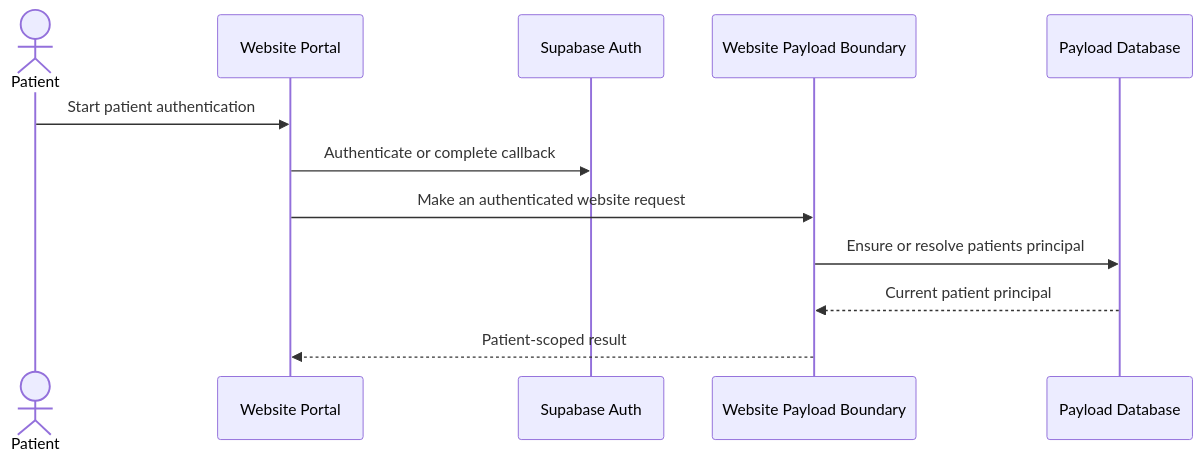
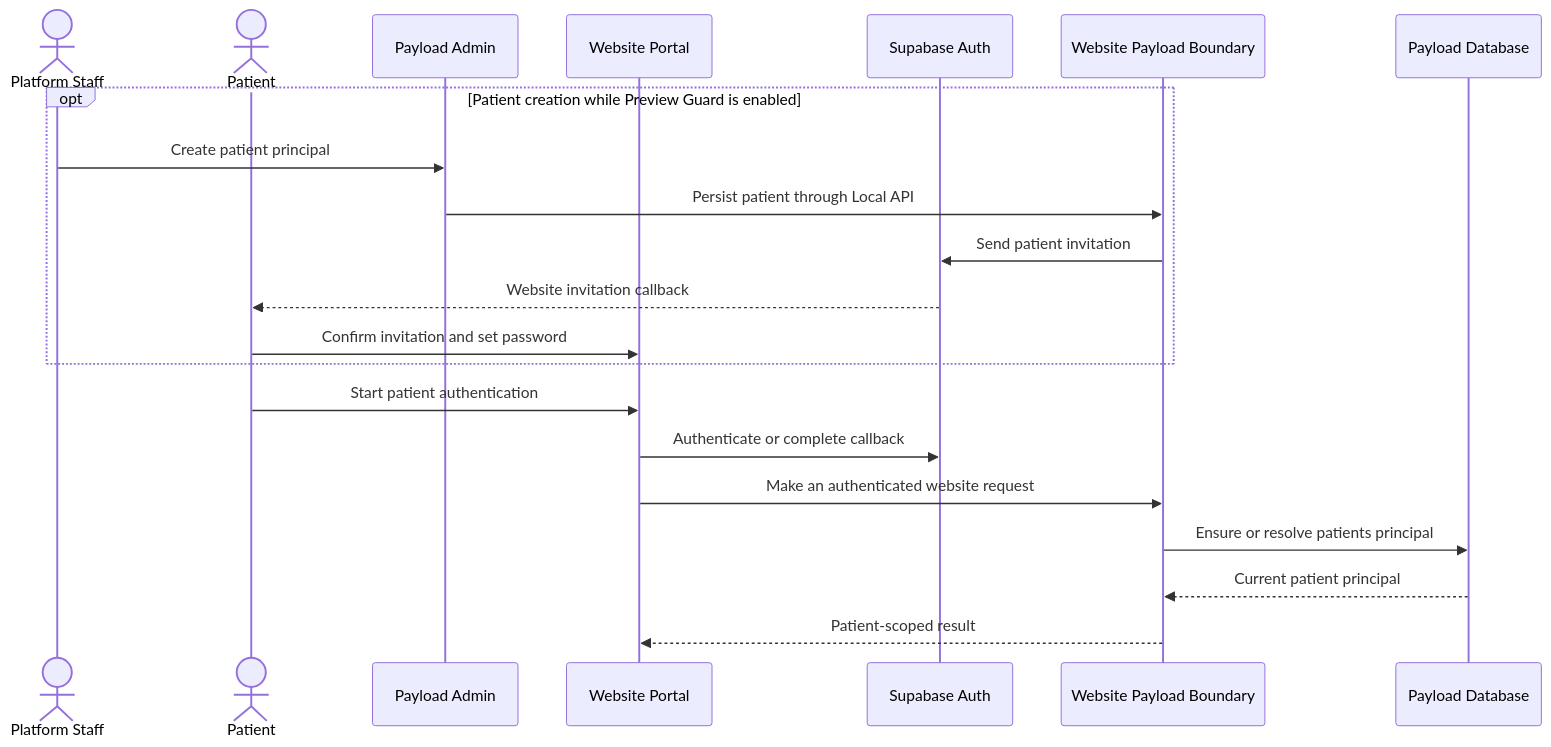
The fourth of 4 diagrams in docs/security/auth-flow-diagram.md (findmydoc-platform/website), drawn with Mermaid before and after one commit. The commit also changed other lines of this file and 16 other files, not shown here.

Commit message:
fix(auth): restore Preview Guard patient access (#1610)

````diff
--- a/docs/security/auth-flow-diagram.md
+++ b/docs/security/auth-flow-diagram.md
@@ -94,15 +94,24 @@
 ```mermaid
 sequenceDiagram
+    actor Platform as Platform Staff
     actor Patient
+    participant Admin as Payload Admin
     participant Portal as Website Portal
     participant Supabase as Supabase Auth
     participant Payload as Website Payload Boundary
     participant DB as Payload Database
 
+    opt Patient creation while Preview Guard is enabled
+        Platform->>Admin: Create patient principal
+        Admin->>Payload: Persist patient through Local API
+        Payload->>Supabase: Send patient invitation
+        Supabase-->>Patient: Website invitation callback
+        Patient->>Portal: Confirm invitation and set password
+    end
     Patient->>Portal: Start patient authentication
     Portal->>Supabase: Authenticate or complete callback
     Portal->>Payload: Make an authenticated website request
     Payload->>DB: Ensure or resolve patients principal
     DB-->>Payload: Current patient principal
     Payload-->>Portal: Patient-scoped result
 ```
````
